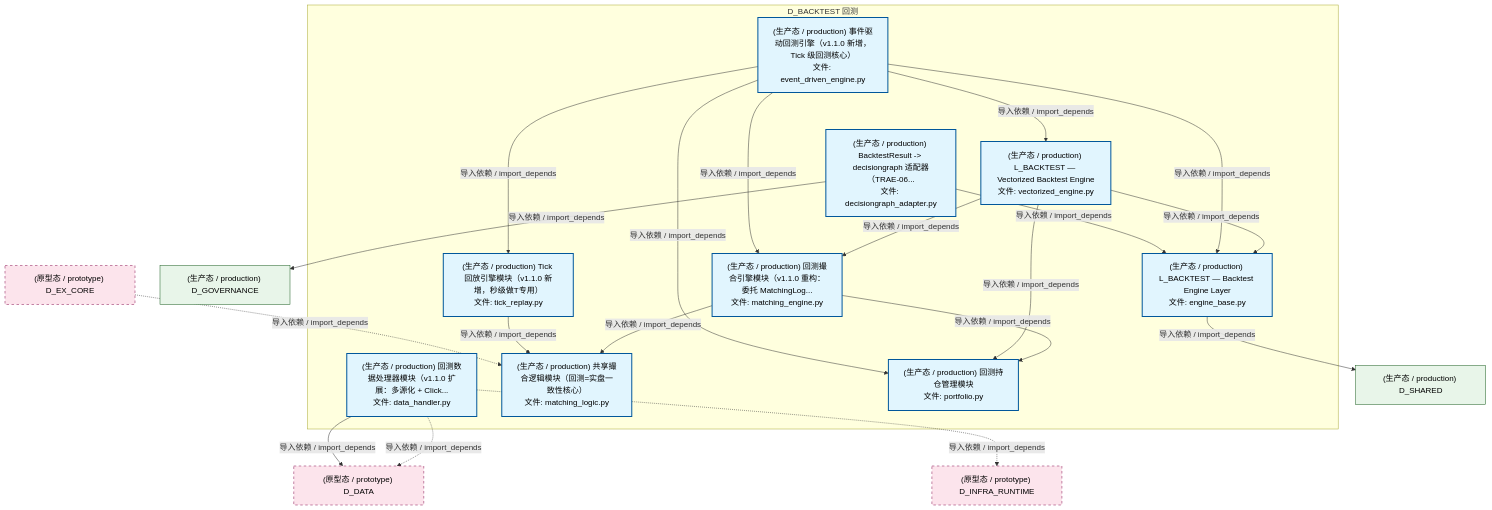
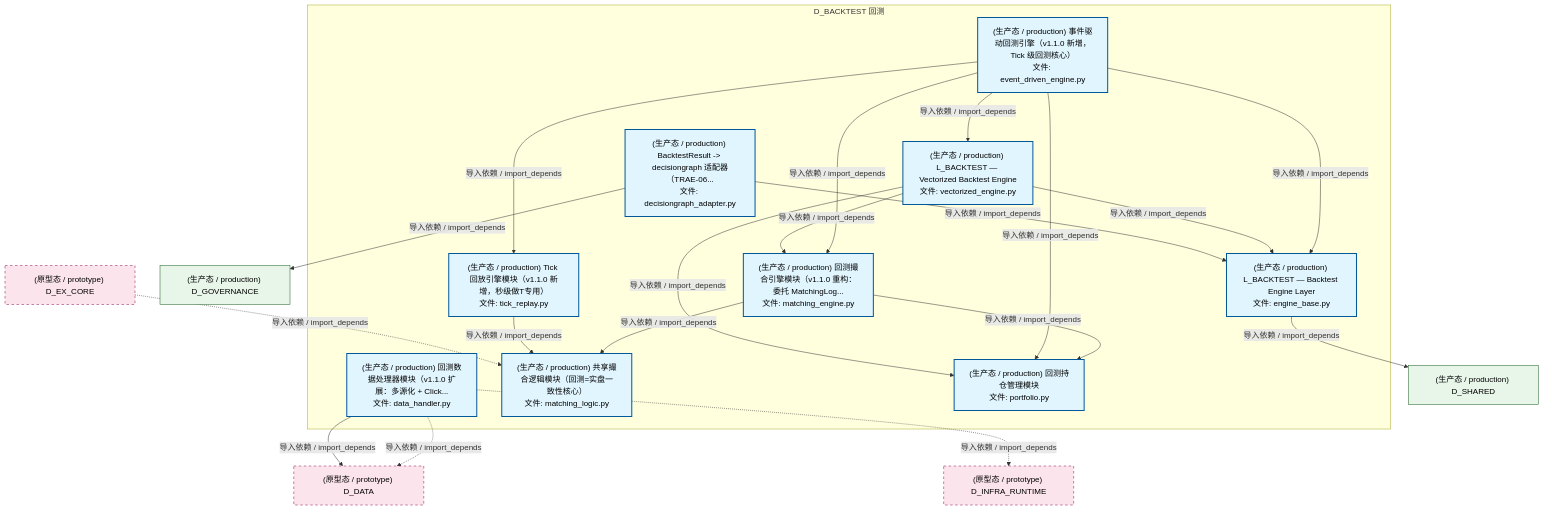
Before and after one commit to xuanFelixVan/ZephyrAlpha: the second of 5 diagrams in docs/02_enterprise_architecture/02_domain_architecture_docs/30_d_backtest.md, drawn with Mermaid. The commit also changed other lines of this file and 101 other files, not shown here.

````diff
--- a/docs/02_enterprise_architecture/02_domain_architecture_docs/30_d_backtest.md
+++ b/docs/02_enterprise_architecture/02_domain_architecture_docs/30_d_backtest.md
@@ -182,44 +180,44 @@
 ```mermaid
 graph TD
     subgraph D_BACKTEST["D_BACKTEST 回测"]
         src_zephyr_backtest_core_data_handler_py["(生产态 / production) 回测数据处理器模块（v1.1.0 扩展：多源化 + Click...<br/>文件: data_handler.py"]
         src_zephyr_backtest_core_engine_base_py["(生产态 / production) L_BACKTEST — Backtest Engine Layer<br/>文件: engine_base.py"]
         src_zephyr_backtest_core_matching_engine_py["(生产态 / production) 回测撮合引擎模块（v1.1.0 重构：委托 MatchingLog...<br/>文件: matching_engine.py"]
         src_zephyr_backtest_core_matching_logic_py["(生产态 / production) 共享撮合逻辑模块（回测=实盘一致性核心）<br/>文件: matching_logic.py"]
         src_zephyr_backtest_core_portfolio_py["(生产态 / production) 回测持仓管理模块<br/>文件: portfolio.py"]
         src_zephyr_backtest_core_tick_replay_py["(生产态 / production) Tick 回放引擎模块（v1.1.0 新增，秒级做T专用）<br/>文件: tick_replay.py"]
         src_zephyr_backtest_implementations_event_driven_engine_py["(生产态 / production) 事件驱动回测引擎（v1.1.0 新增，Tick 级回测核心）<br/>文件: event_driven_engine.py"]
         src_zephyr_backtest_implementations_vectorized_engine_py["(生产态 / production) L_BACKTEST — Vectorized Backtest Engine<br/>文件: vectorized_engine.py"]
         src_zephyr_backtest_io_decisiongraph_adapter_py["(生产态 / production) BacktestResult -> decisiongraph 适配器（TRAE-06...<br/>文件: decisiongraph_adapter.py"]
     end
     src_zephyr_backtest_core_matching_engine_py -->|导入依赖 / import_depends| src_zephyr_backtest_core_matching_logic_py
     src_zephyr_backtest_core_matching_engine_py -->|导入依赖 / import_depends| src_zephyr_backtest_core_portfolio_py
     src_zephyr_backtest_core_tick_replay_py -->|导入依赖 / import_depends| src_zephyr_backtest_core_matching_logic_py
-    src_zephyr_backtest_implementations_vectorized_engine_py -->|导入依赖 / import_depends| src_zephyr_backtest_core_engine_base_py
-    src_zephyr_backtest_implementations_vectorized_engine_py -->|导入依赖 / import_depends| src_zephyr_backtest_core_matching_engine_py
-    src_zephyr_backtest_implementations_vectorized_engine_py -->|导入依赖 / import_depends| src_zephyr_backtest_core_portfolio_py
     src_zephyr_backtest_implementations_event_driven_engine_py -->|导入依赖 / import_depends| src_zephyr_backtest_core_engine_base_py
     src_zephyr_backtest_implementations_event_driven_engine_py -->|导入依赖 / import_depends| src_zephyr_backtest_core_matching_engine_py
     src_zephyr_backtest_implementations_event_driven_engine_py -->|导入依赖 / import_depends| src_zephyr_backtest_core_tick_replay_py
     src_zephyr_backtest_implementations_event_driven_engine_py -->|导入依赖 / import_depends| src_zephyr_backtest_core_portfolio_py
     src_zephyr_backtest_implementations_event_driven_engine_py -->|导入依赖 / import_depends| src_zephyr_backtest_implementations_vectorized_engine_py
+    src_zephyr_backtest_implementations_vectorized_engine_py -->|导入依赖 / import_depends| src_zephyr_backtest_core_engine_base_py
+    src_zephyr_backtest_implementations_vectorized_engine_py -->|导入依赖 / import_depends| src_zephyr_backtest_core_matching_engine_py
+    src_zephyr_backtest_implementations_vectorized_engine_py -->|导入依赖 / import_depends| src_zephyr_backtest_core_portfolio_py
     src_zephyr_backtest_io_decisiongraph_adapter_py -->|导入依赖 / import_depends| src_zephyr_backtest_core_engine_base_py
+    D_SHARED["(生产态 / production) D_SHARED"]
+    src_zephyr_backtest_core_engine_base_py -->|导入依赖 / import_depends| D_SHARED
     D_DATA["(原型态 / prototype) D_DATA"]
     src_zephyr_backtest_core_data_handler_py -.->|导入依赖 / import_depends| D_DATA
-    src_zephyr_backtest_core_data_handler_py -->|导入依赖 / import_depends| D_DATA
     D_INFRA_RUNTIME["(原型态 / prototype) D_INFRA_RUNTIME"]
     src_zephyr_backtest_core_data_handler_py -.->|导入依赖 / import_depends| D_INFRA_RUNTIME
-    D_SHARED["(生产态 / production) D_SHARED"]
-    src_zephyr_backtest_core_engine_base_py -->|导入依赖 / import_depends| D_SHARED
+    src_zephyr_backtest_core_data_handler_py -->|导入依赖 / import_depends| D_DATA
     D_GOVERNANCE["(生产态 / production) D_GOVERNANCE"]
     src_zephyr_backtest_io_decisiongraph_adapter_py -->|导入依赖 / import_depends| D_GOVERNANCE
     D_EX_CORE["(原型态 / prototype) D_EX_CORE"]
     D_EX_CORE -.->|导入依赖 / import_depends| src_zephyr_backtest_core_matching_logic_py
     classDef production fill:#e1f5fe,stroke:#01579b,stroke-width:2px,color:#000
     classDef design fill:#fff3e0,stroke:#e65100,stroke-width:2px,color:#000,stroke-dasharray: 5 5
     classDef external_prod fill:#e8f5e9,stroke:#1b5e20,stroke-width:1px,color:#000
     classDef external_design fill:#fce4ec,stroke:#880e4f,stroke-width:1px,color:#000,stroke-dasharray: 5 5
     class src_zephyr_backtest_core_data_handler_py,src_zephyr_backtest_core_engine_base_py,src_zephyr_backtest_core_matching_engine_py,src_zephyr_backtest_core_matching_logic_py,src_zephyr_backtest_core_portfolio_py,src_zephyr_backtest_core_tick_replay_py,src_zephyr_backtest_implementations_event_driven_engine_py,src_zephyr_backtest_implementations_vectorized_engine_py,src_zephyr_backtest_io_decisiongraph_adapter_py production
     class D_SHARED,D_GOVERNANCE external_prod
     class D_DATA,D_INFRA_RUNTIME,D_EX_CORE external_design
 ```
````
